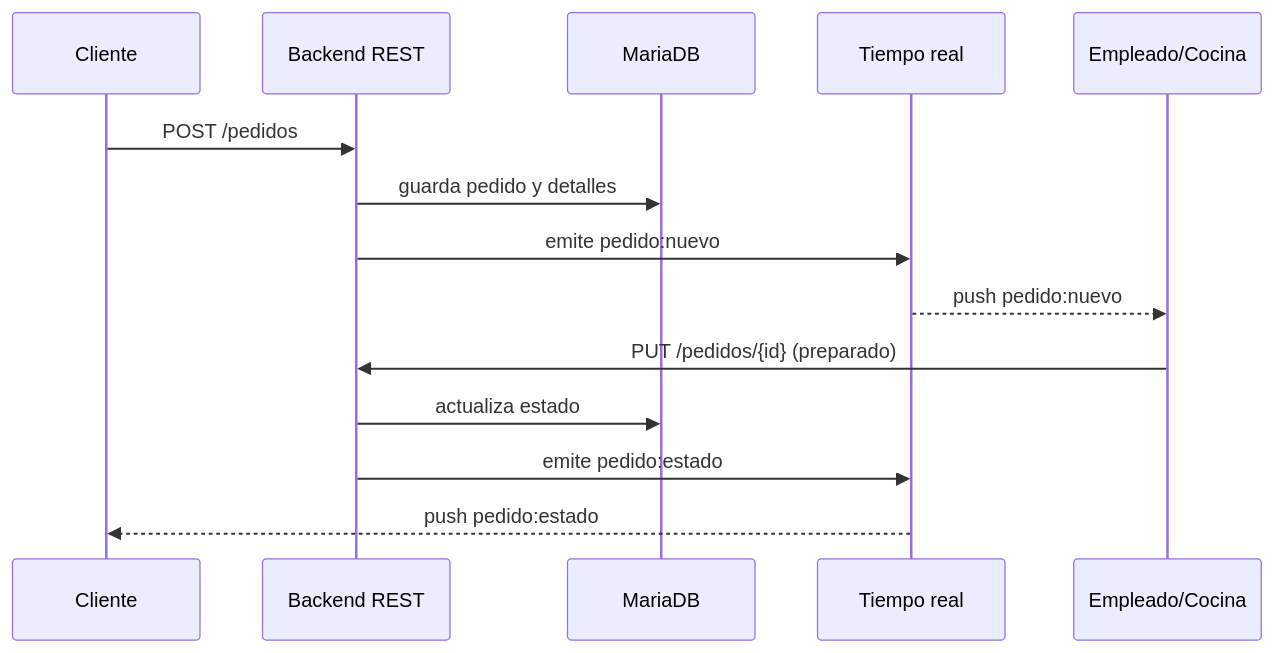
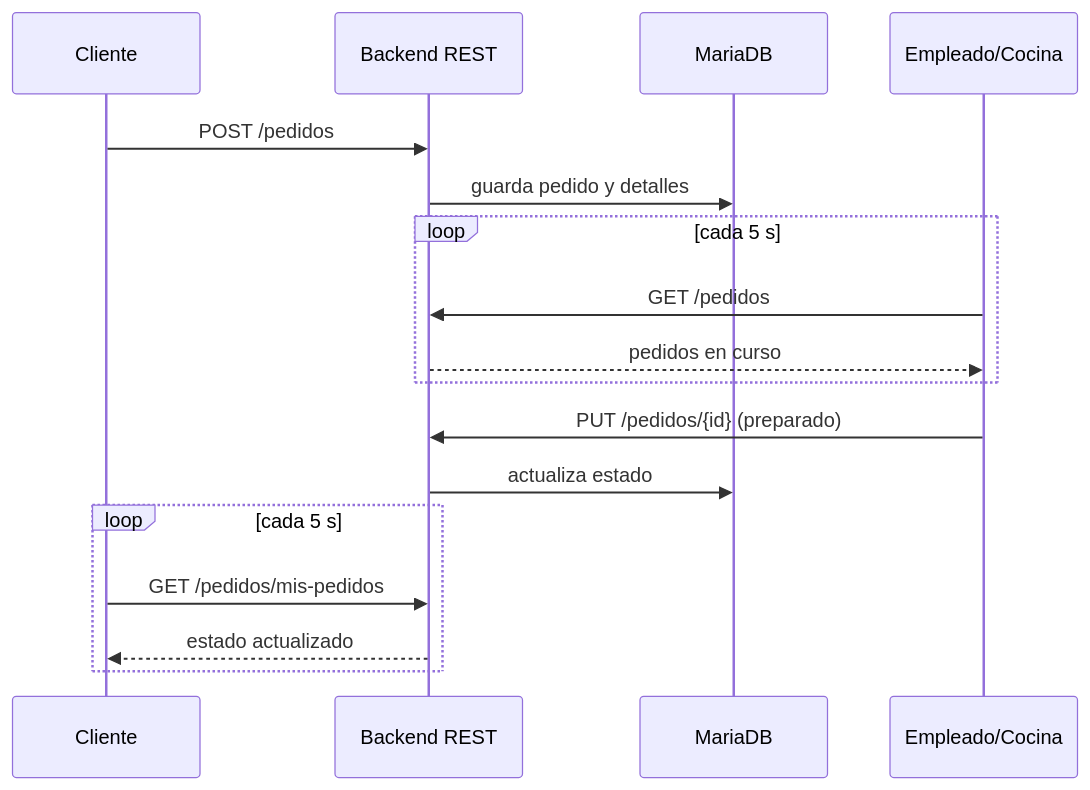
Before and after one commit to juanparejog/BarHub2.0: the fourth of 4 diagrams in docs/backend.md, drawn with Mermaid. The commit also changed other lines of this file and 13 other files, not shown here.

````diff
--- a/docs/backend.md
+++ b/docs/backend.md
@@ -128,17 +145,20 @@
 ```mermaid
 sequenceDiagram
     participant Cl as Cliente
     participant API as Backend REST
     participant DB as MariaDB
-    participant WS as Tiempo real
     participant St as Empleado/Cocina
 
     Cl->>API: POST /pedidos
     API->>DB: guarda pedido y detalles
-    API->>WS: emite pedido:nuevo
-    WS-->>St: push pedido:nuevo
+    loop cada 5 s
+        St->>API: GET /pedidos
+        API-->>St: pedidos en curso
+    end
     St->>API: PUT /pedidos/{id} (preparado)
     API->>DB: actualiza estado
-    API->>WS: emite pedido:estado
-    WS-->>Cl: push pedido:estado
+    loop cada 5 s
+        Cl->>API: GET /pedidos/mis-pedidos
+        API-->>Cl: estado actualizado
+    end
 ```
````
